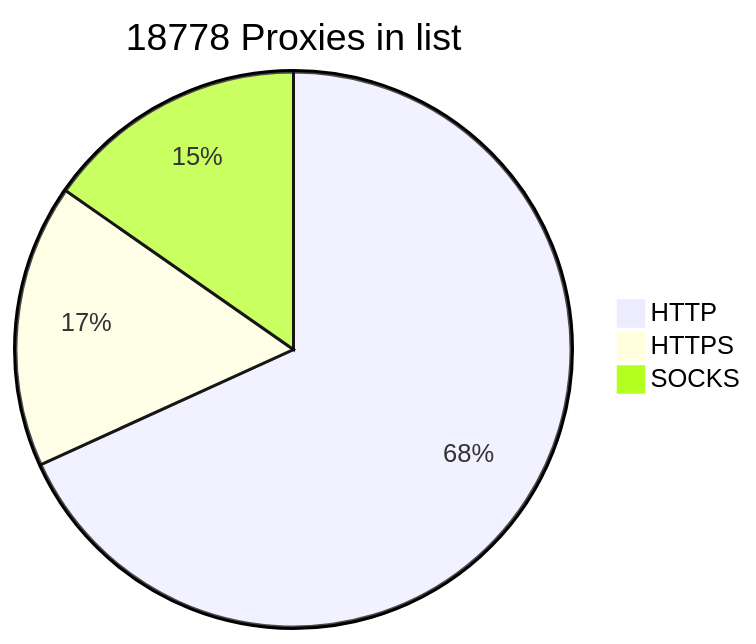
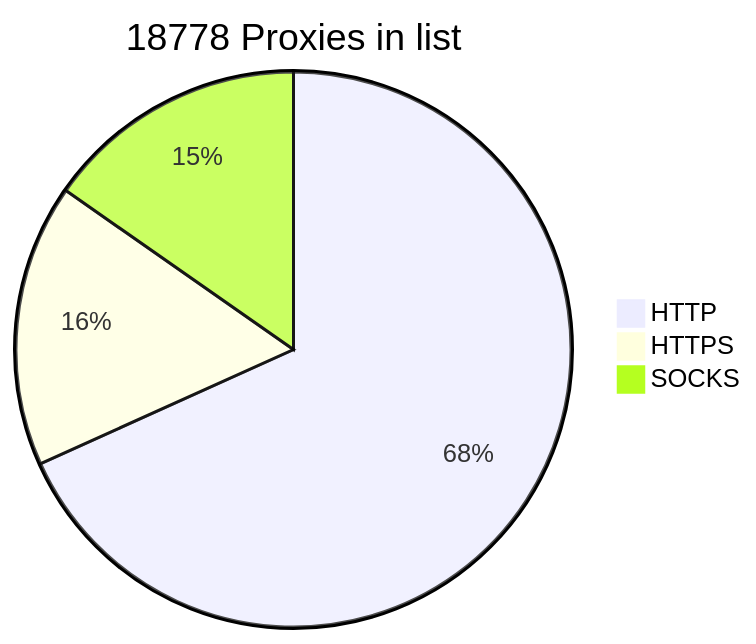
The diagram in README.md (BlackSnowDot/proxylist-update-every-minute), drawn with Mermaid before and after one commit. The commit also changed other lines of this file, not shown here.

````diff
--- a/README.md
+++ b/README.md
@@ -2,6 +2,6 @@
 ```mermaid
 pie title 18778 Proxies in list
-    "HTTP" : 13973
-    "HTTPS": 3381
+    "HTTP" : 13993
+    "HTTPS": 3374
     "SOCKS" : 3136
 ```
````
